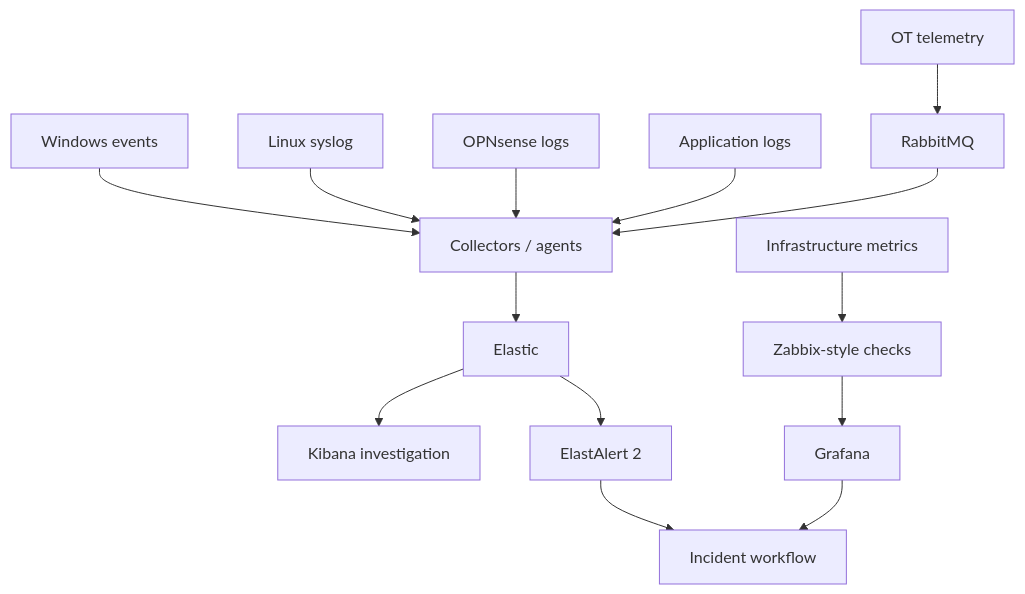
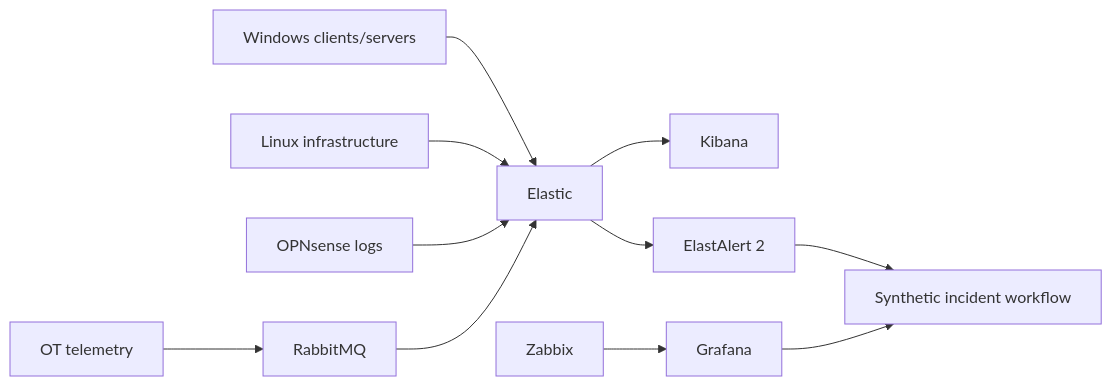
The diagram in labs/northstar-enterprise/monitoring/README.md (blairn64/Automation), drawn with Mermaid before and after one commit. The commit also changed other lines of this file, not shown here.

````diff
--- a/labs/northstar-enterprise/monitoring/README.md
+++ b/labs/northstar-enterprise/monitoring/README.md
@@ -5,16 +5,13 @@
 ```mermaid
-flowchart TB
-    WIN[Windows events] --> INGEST[Collectors / agents]
-    LINUX[Linux syslog] --> INGEST
-    FW[OPNsense logs] --> INGEST
-    APP[Application logs] --> INGEST
-    OT[OT telemetry] --> MQ[RabbitMQ]
-    MQ --> INGEST
-    INGEST --> ELASTIC[Elastic]
-    ELASTIC --> KIBANA[Kibana investigation]
-    ELASTIC --> EA[ElastAlert 2]
-    METRICS[Infrastructure metrics] --> ZBX[Zabbix-style checks]
-    ZBX --> GRAF[Grafana]
-    EA --> INCIDENT[Incident workflow]
-    GRAF --> INCIDENT
+flowchart LR
+    A[Windows clients/servers] --> E[Elastic]
+    B[Linux infrastructure] --> E
+    C[OPNsense logs] --> E
+    D[OT telemetry] --> R[RabbitMQ]
+    R --> E
+    E --> K[Kibana]
+    E --> EA[ElastAlert 2]
+    EA --> I[Synthetic incident workflow]
+    Z[Zabbix] --> G[Grafana]
+    G --> I
 ```
````
